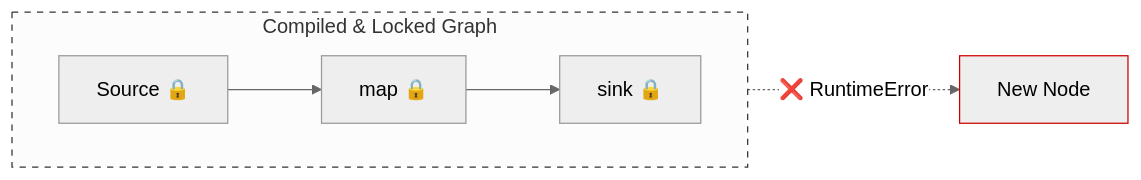
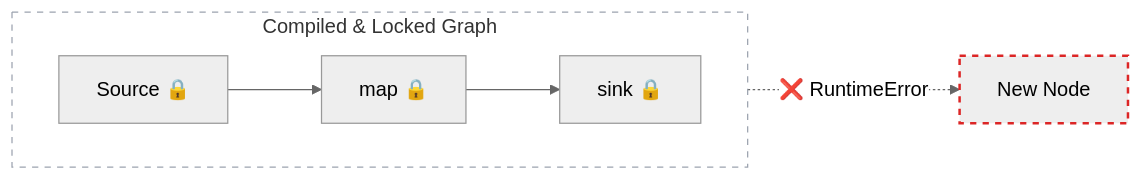
The first of 11 diagrams in docs/features/compile-optimizations.md (IsaacTay/akayu), drawn with Mermaid (neutral theme) before and after one commit. The commit also changed other lines of this file and 8 other files, not shown here.

````diff
--- a/docs/features/compile-optimizations.md
+++ b/docs/features/compile-optimizations.md
@@ -49,12 +49,12 @@
 ```mermaid
 flowchart LR
     subgraph locked [Compiled & Locked Graph]
         direction LR
-        S["Source 🔒"] --> M1["map 🔒"] --> S1["sink 🔒"]
+        S["Source 🔒"]:::source --> M1["map 🔒"]:::process --> S1["sink 🔒"]:::sink
     end
 
-    M1 -.->|❌ RuntimeError| New[New Node]
+    M1 -.->|❌ RuntimeError| New[New Node]:::error
     
-    style locked stroke:#333,stroke-dasharray: 5 5
-    style New stroke:#cc0000
+    classDef error stroke:#dc2626,stroke-width:2px,stroke-dasharray: 5 5
+    style locked stroke:#9ca3af,stroke-dasharray: 5 5,fill:transparent
 ```
````
